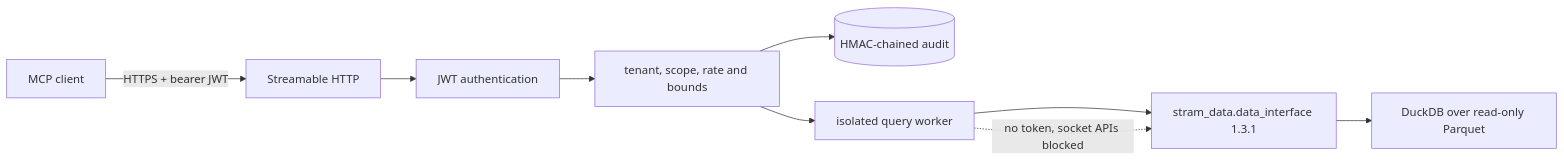
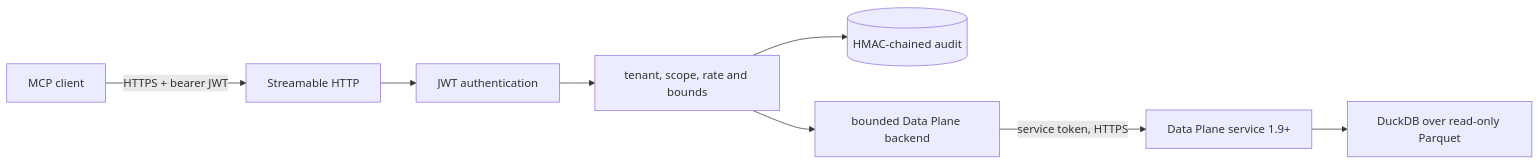
The diagram in README.md (SiddarthaKoppaka/stram_quant_mcp), drawn with Mermaid before and after one commit. The commit also changed other lines of this file and 9 other files, not shown here.

First line of the commit message:
docs: describe the HTTP Data Plane gateway and error model

````diff
--- a/README.md
+++ b/README.md
@@ -16,11 +16,10 @@
 ```mermaid
 flowchart LR
     C[MCP client] -->|HTTPS + bearer JWT| T[Streamable HTTP]
     T --> A[JWT authentication]
     A --> P[tenant, scope, rate and bounds]
     P --> J[(HMAC-chained audit)]
-    P --> W[isolated query worker]
-    W --> I[stram_data.data_interface 1.3.1]
-    I --> D[DuckDB over read-only Parquet]
-    W -. no token, socket APIs blocked .-> I
+    P --> B[bounded Data Plane backend]
+    B -->|service token, HTTPS| S[Data Plane service 1.9+]
+    S --> D[DuckDB over read-only Parquet]
 ```
````
